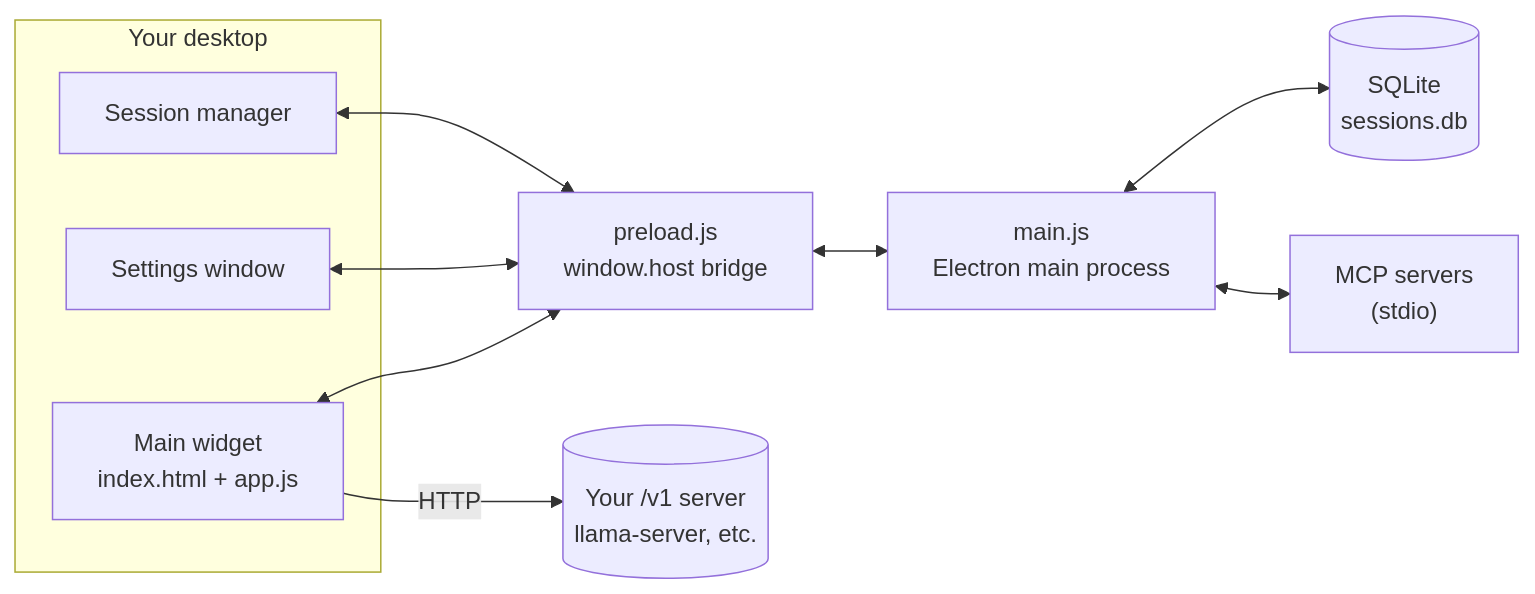
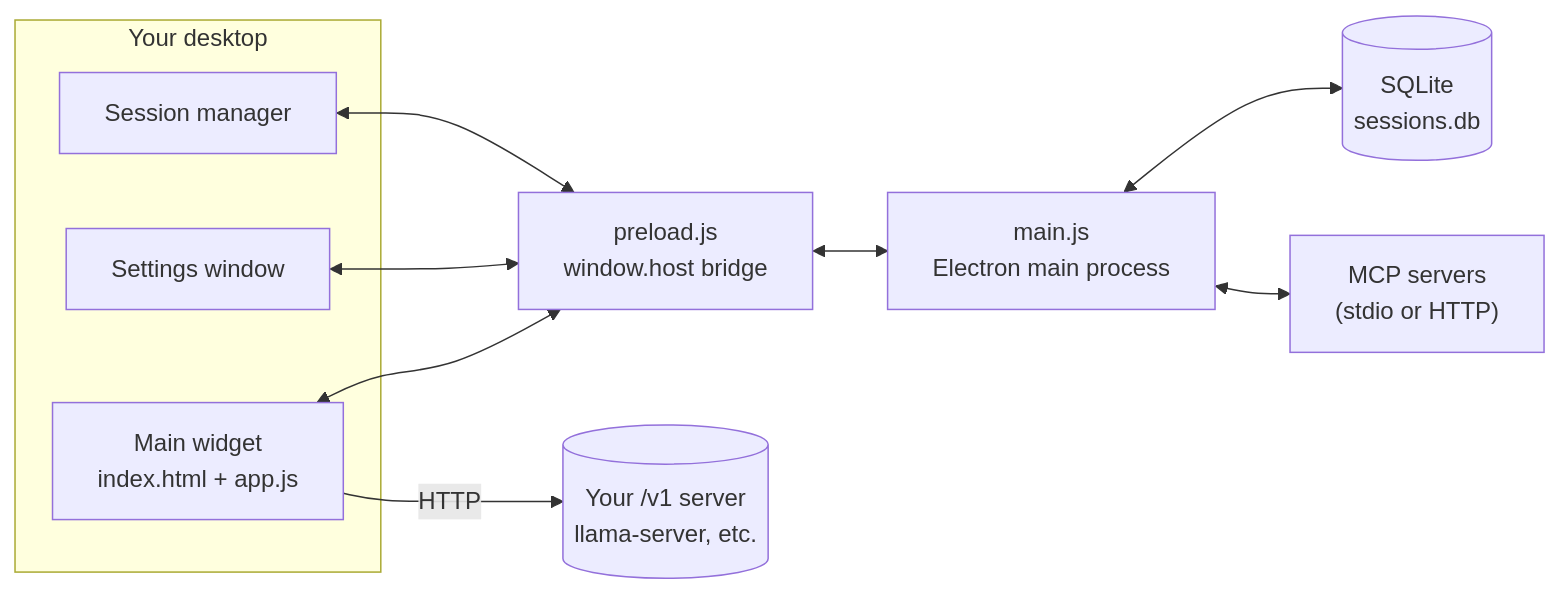
Before and after one commit to KyungMinseo1/oh-my-local-assistant: the diagram in README.md, drawn with Mermaid. The commit also changed other lines of this file and 6 other files, not shown here.

Commit message:
feat: enhance MCP server configuration to support streamable HTTP and add per-server result limit

````diff
--- a/README.md
+++ b/README.md
@@ -126,22 +126,22 @@
 ```mermaid
 flowchart LR
     subgraph Desktop["Your desktop"]
         Widget["Main widget<br/>index.html + app.js"]
         Settings["Settings window"]
         Sessions["Session manager"]
     end
 
     Preload["preload.js<br/>window.host bridge"]
     Main["main.js<br/>Electron main process"]
     DB[("SQLite<br/>sessions.db")]
-    MCP["MCP servers<br/>(stdio)"]
+    MCP["MCP servers<br/>(stdio or HTTP)"]
     LLM[("Your /v1 server<br/>llama-server, etc.")]
 
     Widget <--> Preload
     Settings <--> Preload
     Sessions <--> Preload
     Preload <--> Main
     Main <--> DB
     Main <--> MCP
     Widget -- HTTP --> LLM
 ```
````
